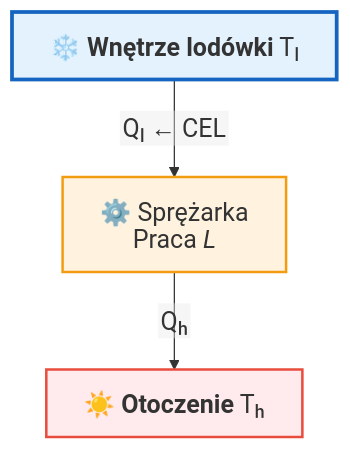
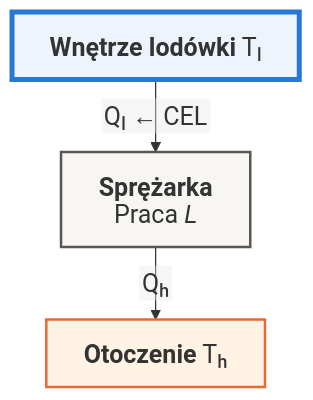
The third of 4 diagrams in Wyklady/11_Chlodnictwo.qmd (moondec/Termodynamika), drawn with Mermaid before and after one commit. The commit also changed other lines of this file and 229 other files, not shown here.

````diff
--- a/Wyklady/11_Chlodnictwo.qmd
+++ b/Wyklady/11_Chlodnictwo.qmd
@@ -659,16 +638,16 @@
 ```{mermaid}
 %%| fig-align: center
 
-%%{init: {'theme': 'default', 'flowchart': {'htmlLabels': false, 'wrappingWidth': 400, 'subGraphTitleMargin': {'top': 6, 'bottom': 16}}, 'themeVariables': {'fontSize': '20px', 'fontFamily': 'Arial, Helvetica, sans-serif'}, 'htmlLabels': false}}%%
+%%{init: {'theme': 'default', 'flowchart': {'htmlLabels': false, 'wrappingWidth': 400, 'nodeSpacing': 30, 'rankSpacing': 30, 'subGraphTitleMargin': {'top': 6, 'bottom': 16}}, 'themeVariables': {'fontSize': '20px', 'fontFamily': 'Arial, Helvetica, sans-serif'}, 'htmlLabels': false}}%%
 flowchart TD
-    TH["`☀️ **Otoczenie** Tₕ`"] 
-    TL["`❄️ **Wnętrze lodówki** Tₗ`"]
-    M["`⚙️ Sprężarka
+    TH["`**Otoczenie** Tₕ`"]
+    TL["`**Wnętrze lodówki** Tₗ`"]
+    M["`**Sprężarka**
 Praca *L*`"]
     TL -->|"Qₗ ← CEL"| M
     M -->|"Qₕ"| TH
-    
-    style TH fill:#ffebee,stroke:#e74c3c,stroke-width:2px
-    style TL fill:#e3f2fd,stroke:#1565c0,stroke-width:3px
-    style M fill:#fff3e0,stroke:#f39c12,stroke-width:2px
+
+    style TH fill:#fff4e3,stroke:#eb6834,stroke-width:2px
+    style TL fill:#eef4fb,stroke:#2a78d6,stroke-width:4px
+    style M fill:#f7f6f3,stroke:#5a5753,stroke-width:2px
 ```
````
